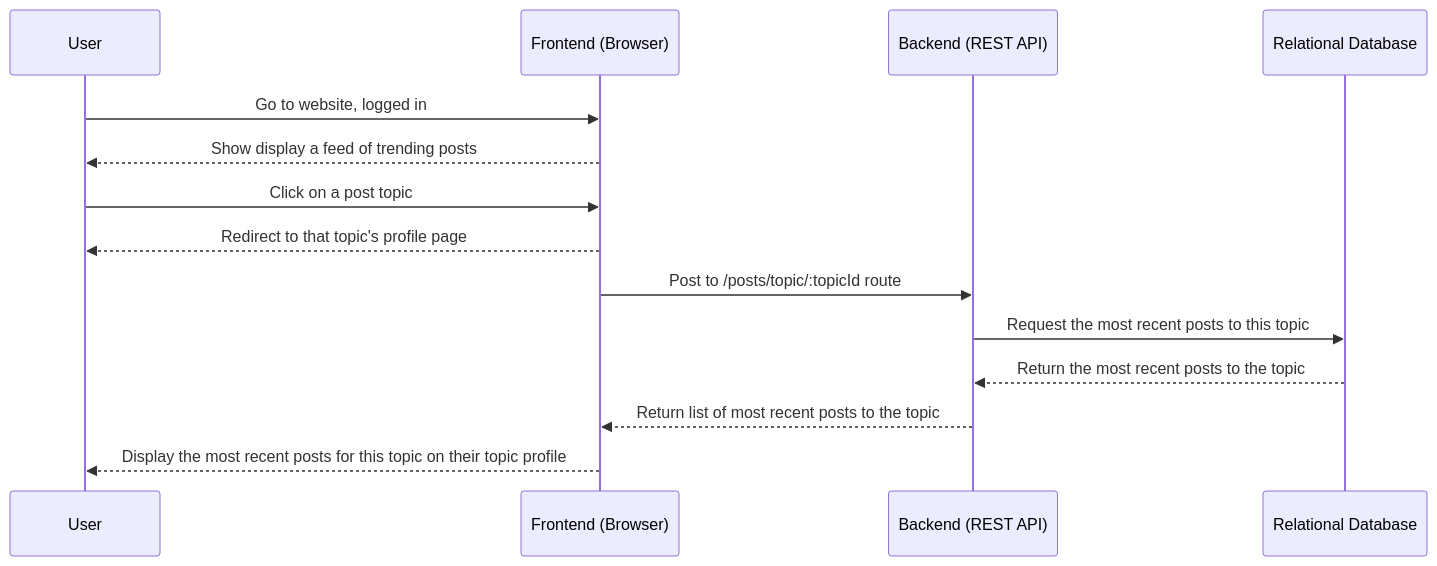
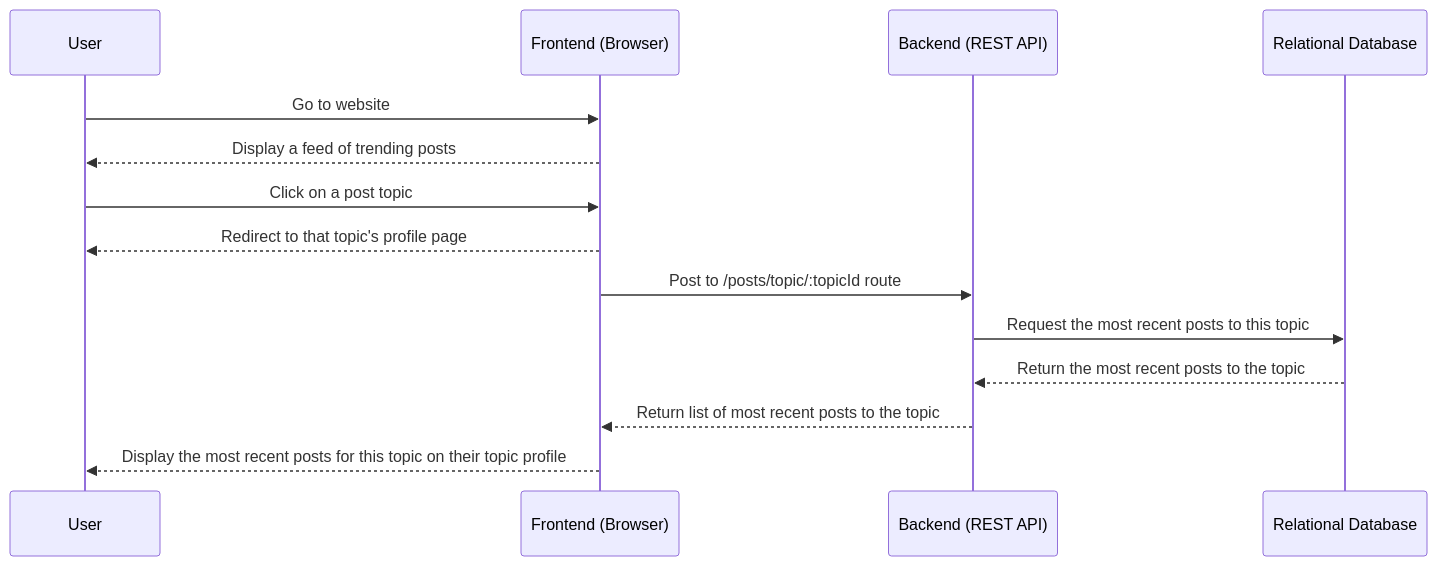
Before and after one commit to alexsenden/harmony: the diagram in documentation/sequence-diagrams/feed-on-topic-profile.md, drawn with Mermaid.

````diff
--- a/documentation/sequence-diagrams/feed-on-topic-profile.md
+++ b/documentation/sequence-diagrams/feed-on-topic-profile.md
@@ -1,12 +1,12 @@
 ```mermaid
 sequenceDiagram
-    User->>Frontend (Browser): Go to website, logged in
-    Frontend (Browser)-->>User: Show display a feed of trending posts
+    User->>Frontend (Browser): Go to website
+    Frontend (Browser)-->>User: Display a feed of trending posts
     User->>Frontend (Browser): Click on a post topic
     Frontend (Browser)-->>User: Redirect to that topic's profile page
     Frontend (Browser)->>Backend (REST API): Post to /posts/topic/:topicId route
     Backend (REST API)->>Relational Database: Request the most recent posts to this topic
     Relational Database-->>Backend (REST API): Return the most recent posts to the topic
     Backend (REST API)-->>Frontend (Browser): Return list of most recent posts to the topic
     Frontend (Browser)-->>User: Display the most recent posts for this topic on their topic profile
 ```
````
